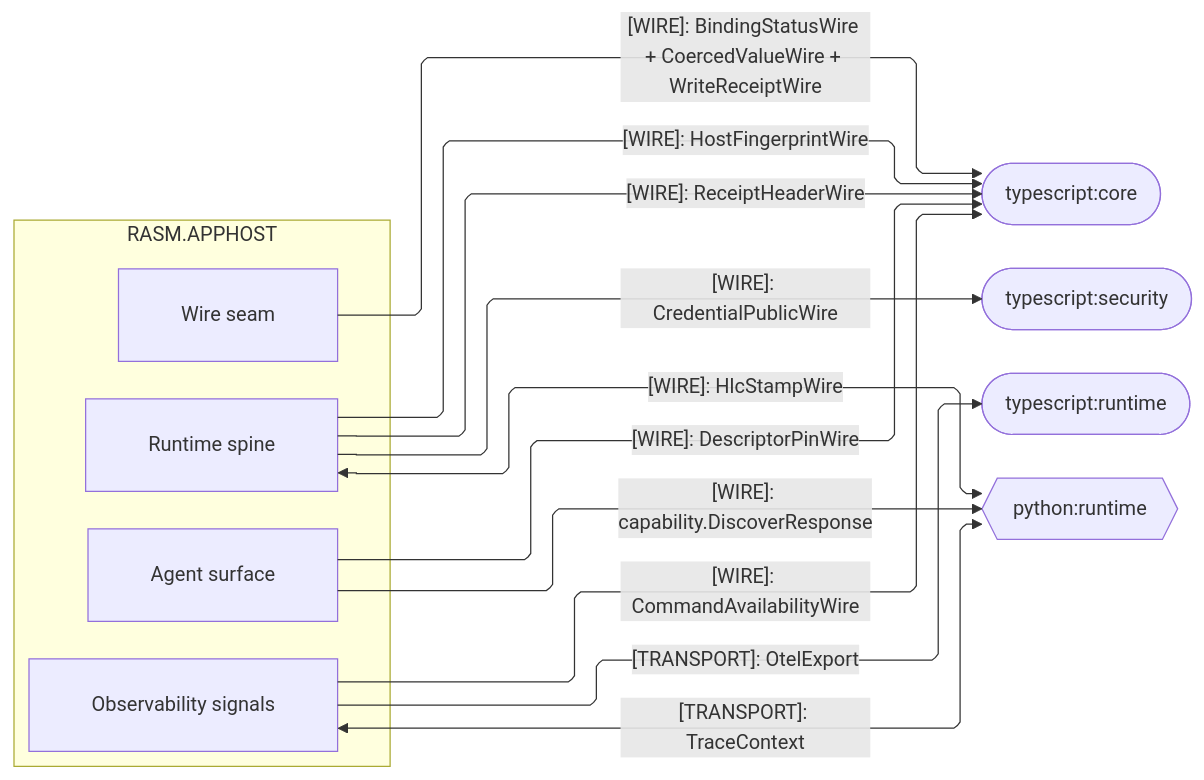
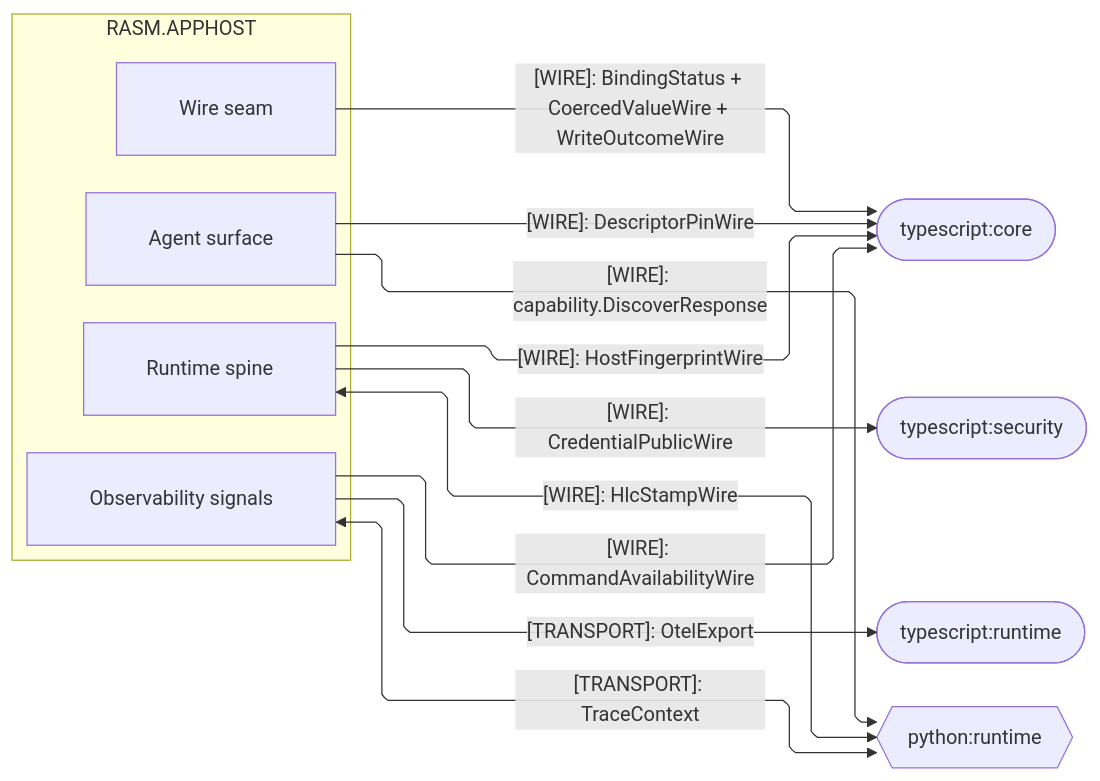
The second of 4 diagrams in libs/dotnet/Rasm.AppHost/ARCHITECTURE.md (bsamiee/Rasm), drawn with Mermaid before and after one commit. The commit also changed other lines of this file and 1417 other files, not shown here.

````diff
--- a/libs/dotnet/Rasm.AppHost/ARCHITECTURE.md
+++ b/libs/dotnet/Rasm.AppHost/ARCHITECTURE.md
@@ -122,32 +122,31 @@
 ```mermaid
 ---
 config:
   layout: elk
   flowchart:
     curve: linear
     padding: 25
 ---
 flowchart LR
     accTitle: AppHost cross-runtime wire seams
     accDescr: Which kinded wires, content keys, and transport cross between AppHost and the TypeScript core, security, runtime, and Python peers.
     subgraph apphost[RASM.APPHOST]
         Agent[Agent surface]
         Runtime[Runtime spine]
         Wire[Wire seam]
         Observability[Observability signals]
     end
     Core([typescript:core])
     TsSecurity([typescript:security])
     TsRuntime([typescript:runtime])
     PyRuntime{{python:runtime}}
     Agent e1@-->|"[WIRE]: DescriptorPinWire"| Core
-    Runtime e2@-->|"[WIRE]: ReceiptHeaderWire"| Core
     Observability e3@-->|"[WIRE]: CommandAvailabilityWire"| Core
-    Wire e4@-->|"[WIRE]: BindingStatusWire + CoercedValueWire + WriteReceiptWire"| Core
+    Wire e4@-->|"[WIRE]: BindingStatus + CoercedValueWire + WriteOutcomeWire"| Core
     Runtime e5@-->|"[WIRE]: HostFingerprintWire"| Core
     Observability e6@-->|"[TRANSPORT]: OtelExport"| TsRuntime
     Agent e7@-->|"[WIRE]: capability.DiscoverResponse"| PyRuntime
     Observability e8@<-->|"[TRANSPORT]: TraceContext"| PyRuntime
     Runtime e9@<-->|"[WIRE]: HlcStampWire"| PyRuntime
     Runtime e10@-->|"[WIRE]: CredentialPublicWire"| TsSecurity
 ```
````
